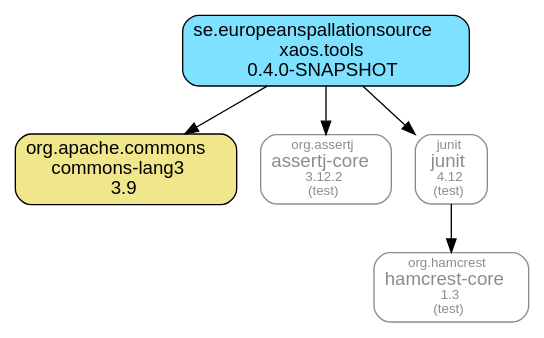
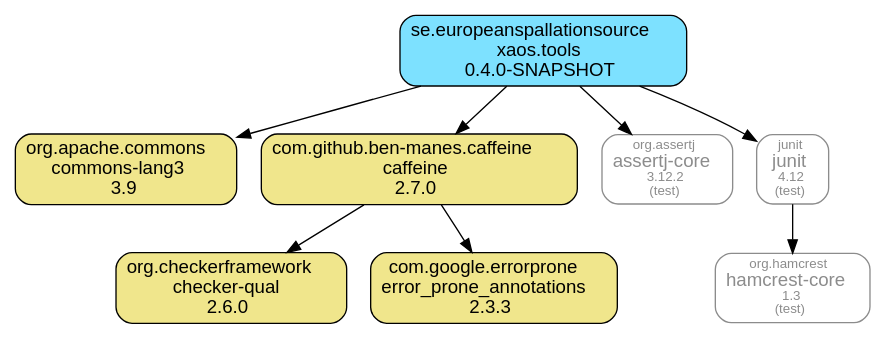
The diagram in xaos.tools.module/doc/maven-dependencies.dot (ESSICS/XAOS), drawn with Graphviz before and after one commit. The commit also changed 19 other files, not shown here.

```diff
--- a/xaos.tools.module/doc/maven-dependencies.dot
+++ b/xaos.tools.module/doc/maven-dependencies.dot
@@ -1,17 +1,23 @@
 digraph "xaos.tools" {
   node [shape="box",style="rounded",fontname="Helvetica",fontsize="14"]
   edge [fontsize="10",fontname="Helvetica"]
 
   // Node Definitions:
   "se.europeanspallationsource:xaos.tools:jar"[shape="box",style="rounded, filled",fillcolor="#7DE1FF",label=<se.europeanspallationsource<br/>xaos.tools<br/>0.4.0-SNAPSHOT>]
   "org.apache.commons:commons-lang3:jar"[shape="box",style="rounded, filled",fillcolor="khaki",label=<org.apache.commons<br/>commons-lang3<br/>3.9>]
+  "com.github.ben-manes.caffeine:caffeine:jar"[shape="box",style="rounded, filled",fillcolor="khaki",label=<com.github.ben-manes.caffeine<br/>caffeine<br/>2.7.0>]
+  "org.checkerframework:checker-qual:jar"[shape="box",style="rounded, filled",fillcolor="khaki",label=<org.checkerframework<br/>checker-qual<br/>2.6.0>]
+  "com.google.errorprone:error_prone_annotations:jar"[shape="box",style="rounded, filled",fillcolor="khaki",label=<com.google.errorprone<br/>error_prone_annotations<br/>2.3.3>]
   "org.assertj:assertj-core:jar"[shape="box",style="rounded",color="grey55",fontname="Helvetica",fontsize="14",fontcolor="grey55",label=<<font color="grey55" point-size="10">org.assertj</font><br/>assertj-core<font color="grey55" point-size="10"><br/>3.12.2</font><font color="grey55" point-size="10"><br/>(test)</font>>]
   "junit:junit:jar"[shape="box",style="rounded",color="grey55",fontname="Helvetica",fontsize="14",fontcolor="grey55",label=<<font color="grey55" point-size="10">junit</font><br/>junit<font color="grey55" point-size="10"><br/>4.12</font><font color="grey55" point-size="10"><br/>(test)</font>>]
   "org.hamcrest:hamcrest-core:jar"[shape="box",style="rounded",color="grey55",fontname="Helvetica",fontsize="14",fontcolor="grey55",label=<<font color="grey55" point-size="10">org.hamcrest</font><br/>hamcrest-core<font color="grey55" point-size="10"><br/>1.3</font><font color="grey55" point-size="10"><br/>(test)</font>>]
 
   // Edge Definitions:
   "se.europeanspallationsource:xaos.tools:jar" -> "org.apache.commons:commons-lang3:jar"
+  "com.github.ben-manes.caffeine:caffeine:jar" -> "org.checkerframework:checker-qual:jar"
+  "com.github.ben-manes.caffeine:caffeine:jar" -> "com.google.errorprone:error_prone_annotations:jar"
+  "se.europeanspallationsource:xaos.tools:jar" -> "com.github.ben-manes.caffeine:caffeine:jar"
   "se.europeanspallationsource:xaos.tools:jar" -> "org.assertj:assertj-core:jar"
   "junit:junit:jar" -> "org.hamcrest:hamcrest-core:jar"
   "se.europeanspallationsource:xaos.tools:jar" -> "junit:junit:jar"
 }
```
